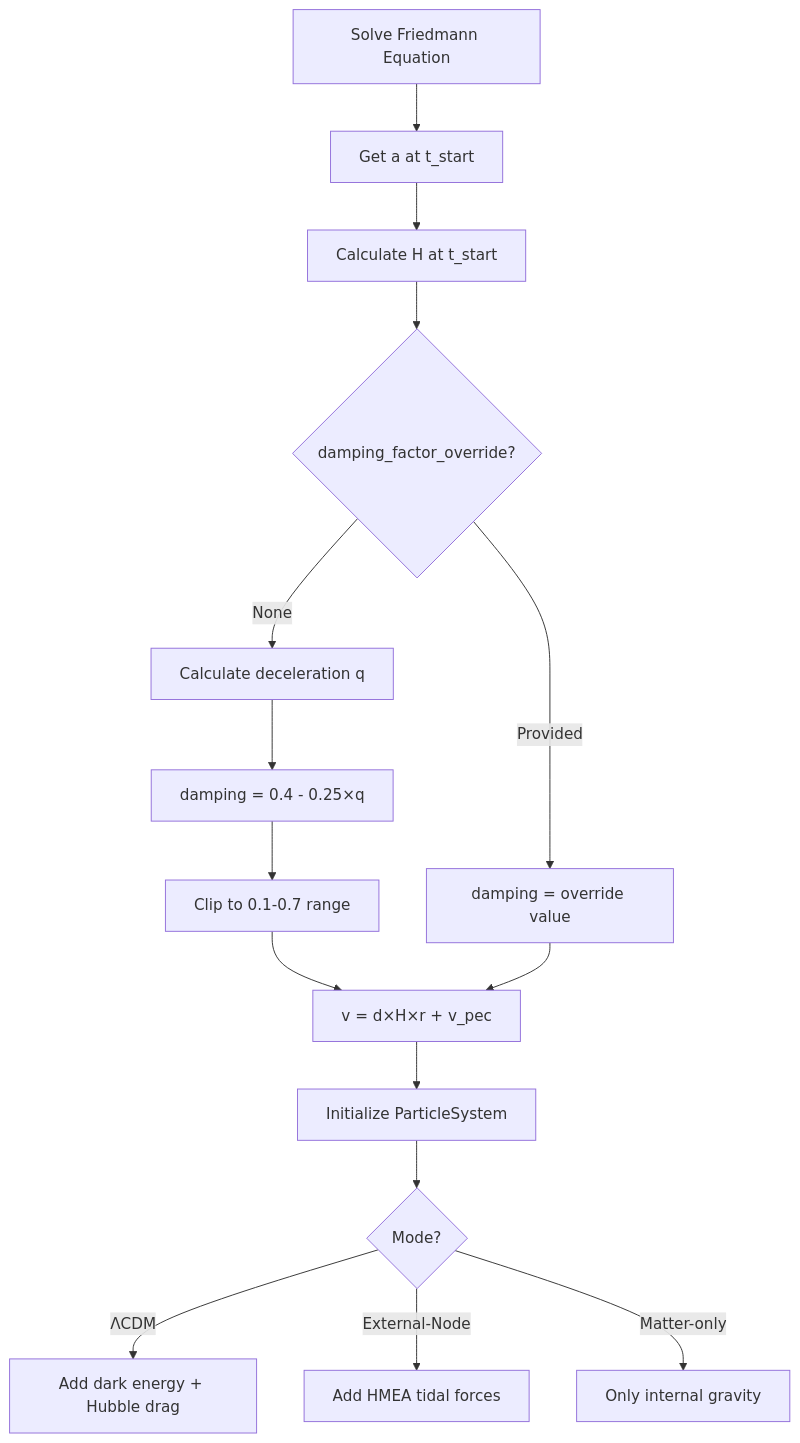
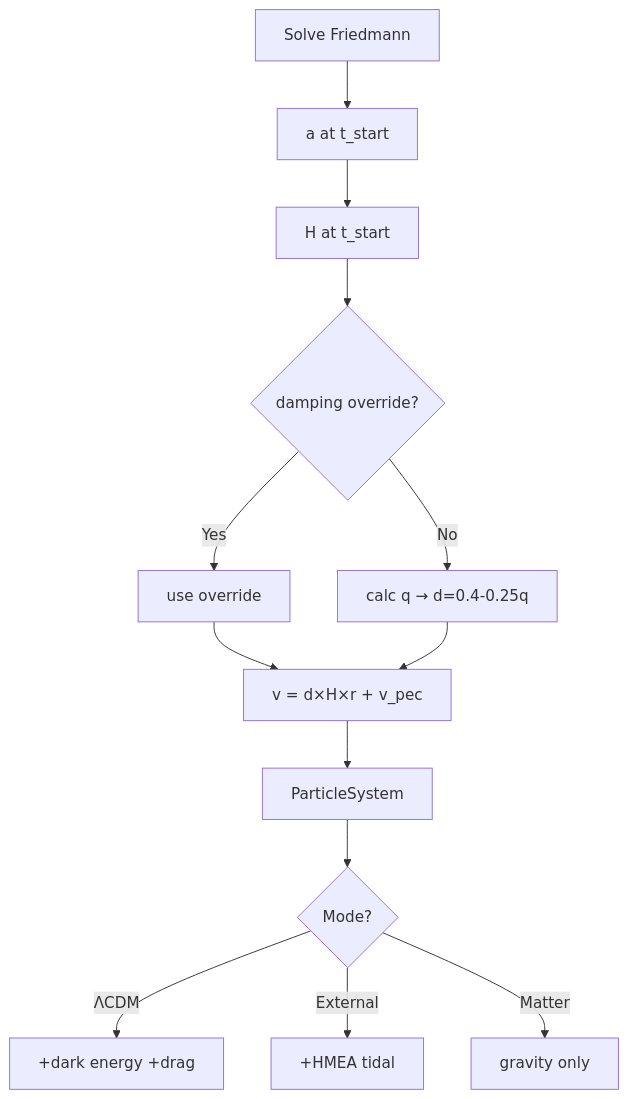
Before and after one commit to MartinGamsby/ProgenitorNodeModelCosmology: the diagram in lode/physics/initial-conditions.md, drawn with Mermaid. The commit also changed other lines of this file and 3 other files, not shown here.

````diff
--- a/lode/physics/initial-conditions.md
+++ b/lode/physics/initial-conditions.md
@@ -222,17 +88,15 @@
 ```mermaid
 graph TD
-    A[Solve Friedmann Equation] --> B[Get a at t_start]
-    B --> C[Calculate H at t_start]
-    C --> D{damping_factor_override?}
-    D -->|Provided| E[damping = override value]
-    D -->|None| F[Calculate deceleration q]
-    F --> G[damping = 0.4 - 0.25×q]
-    G --> H[Clip to 0.1-0.7 range]
-    H --> I[v = d×H×r + v_pec]
-    E --> I
-    I --> J[Initialize ParticleSystem]
-    J --> K{Mode?}
-    K -->|ΛCDM| L[Add dark energy + Hubble drag]
-    K -->|External-Node| M[Add HMEA tidal forces]
-    K -->|Matter-only| N[Only internal gravity]
+    A[Solve Friedmann] --> B[a at t_start]
+    B --> C[H at t_start]
+    C --> D{damping override?}
+    D -->|Yes| E[use override]
+    D -->|No| F[calc q → d=0.4-0.25q]
+    E --> G[v = d×H×r + v_pec]
+    F --> G
+    G --> H[ParticleSystem]
+    H --> I{Mode?}
+    I -->|ΛCDM| J[+dark energy +drag]
+    I -->|External| K[+HMEA tidal]
+    I -->|Matter| L[gravity only]
 ```
````
